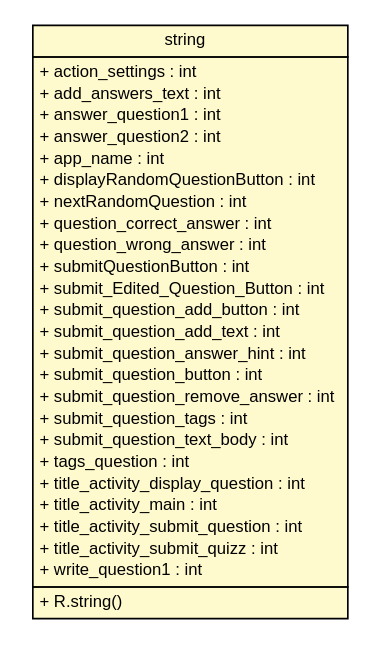
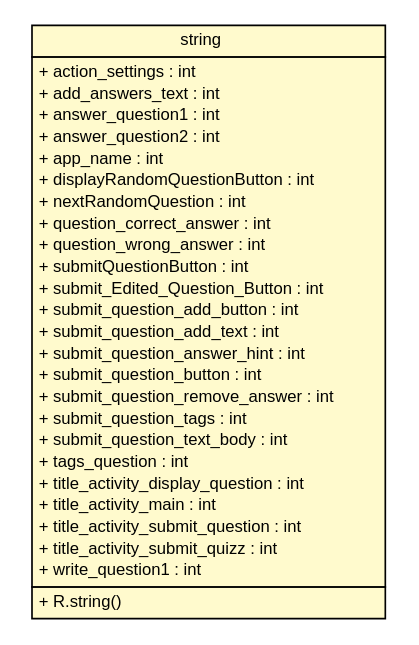
Before and after one commit to SidneyBovet/sweng-2013-quizapp: the diagram in SwEng2013QuizApp/reports/epfl/sweng/R.string.dot, drawn with Graphviz. The commit also changed 146 other files, not shown here.

Commit message:
ant reports rerun to create the .png for UML

```diff
--- a/SwEng2013QuizApp/reports/epfl/sweng/R.string.dot
+++ b/SwEng2013QuizApp/reports/epfl/sweng/R.string.dot
@@ -1,47 +1,47 @@
 #!/usr/local/bin/dot
 #
 # Class diagram 
 # Generated by UMLGraph version R5_6_6-1-g9240c4 (http://www.umlgraph.org/)
 #
 
 digraph G {
-	edge [fontname="arial",fontsize=10,labelfontname="arial",labelfontsize=10];
-	node [fontname="arial",fontsize=10,shape=plaintext];
+	edge [fontname="Helvetica",fontsize=10,labelfontname="Helvetica",labelfontsize=10];
+	node [fontname="Helvetica",fontsize=10,shape=plaintext];
 	nodesep=0.25;
 	ranksep=0.5;
 	// epfl.sweng.R.string
-	c614 [label=<<table title="epfl.sweng.R.string" border="0" cellborder="1" cellspacing="0" cellpadding="2" port="p" bgcolor="lemonChiffon" href="./R.string.html">
+	c698 [label=<<table title="epfl.sweng.R.string" border="0" cellborder="1" cellspacing="0" cellpadding="2" port="p" bgcolor="lemonChiffon" href="./R.string.html">
 		<tr><td><table border="0" cellspacing="0" cellpadding="1">
 <tr><td align="center" balign="center"> string </td></tr>
 		</table></td></tr>
 		<tr><td><table border="0" cellspacing="0" cellpadding="1">
 <tr><td align="left" balign="left"> + action_settings : int </td></tr>
 <tr><td align="left" balign="left"> + add_answers_text : int </td></tr>
 <tr><td align="left" balign="left"> + answer_question1 : int </td></tr>
 <tr><td align="left" balign="left"> + answer_question2 : int </td></tr>
 <tr><td align="left" balign="left"> + app_name : int </td></tr>
 <tr><td align="left" balign="left"> + displayRandomQuestionButton : int </td></tr>
 <tr><td align="left" balign="left"> + nextRandomQuestion : int </td></tr>
 <tr><td align="left" balign="left"> + question_correct_answer : int </td></tr>
 <tr><td align="left" balign="left"> + question_wrong_answer : int </td></tr>
 <tr><td align="left" balign="left"> + submitQuestionButton : int </td></tr>
 <tr><td align="left" balign="left"> + submit_Edited_Question_Button : int </td></tr>
 <tr><td align="left" balign="left"> + submit_question_add_button : int </td></tr>
 <tr><td align="left" balign="left"> + submit_question_add_text : int </td></tr>
 <tr><td align="left" balign="left"> + submit_question_answer_hint : int </td></tr>
 <tr><td align="left" balign="left"> + submit_question_button : int </td></tr>
 <tr><td align="left" balign="left"> + submit_question_remove_answer : int </td></tr>
 <tr><td align="left" balign="left"> + submit_question_tags : int </td></tr>
 <tr><td align="left" balign="left"> + submit_question_text_body : int </td></tr>
 <tr><td align="left" balign="left"> + tags_question : int </td></tr>
 <tr><td align="left" balign="left"> + title_activity_display_question : int </td></tr>
 <tr><td align="left" balign="left"> + title_activity_main : int </td></tr>
 <tr><td align="left" balign="left"> + title_activity_submit_question : int </td></tr>
 <tr><td align="left" balign="left"> + title_activity_submit_quizz : int </td></tr>
 <tr><td align="left" balign="left"> + write_question1 : int </td></tr>
 		</table></td></tr>
 		<tr><td><table border="0" cellspacing="0" cellpadding="1">
 <tr><td align="left" balign="left"> + R.string() </td></tr>
 		</table></td></tr>
-		</table>>, URL="./R.string.html", fontname="arial", fontcolor="black", fontsize=10.0];
+		</table>>, URL="./R.string.html", fontname="Helvetica", fontcolor="black", fontsize=10.0];
 }
```
